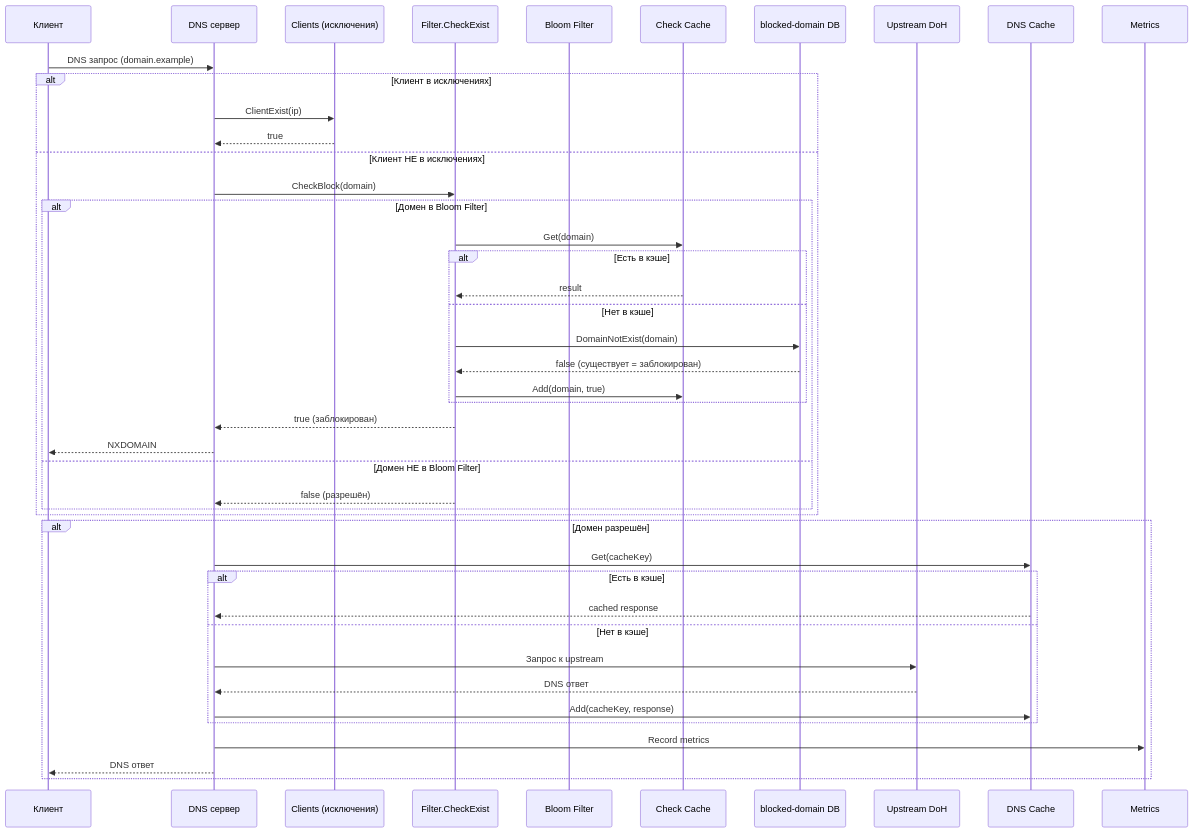
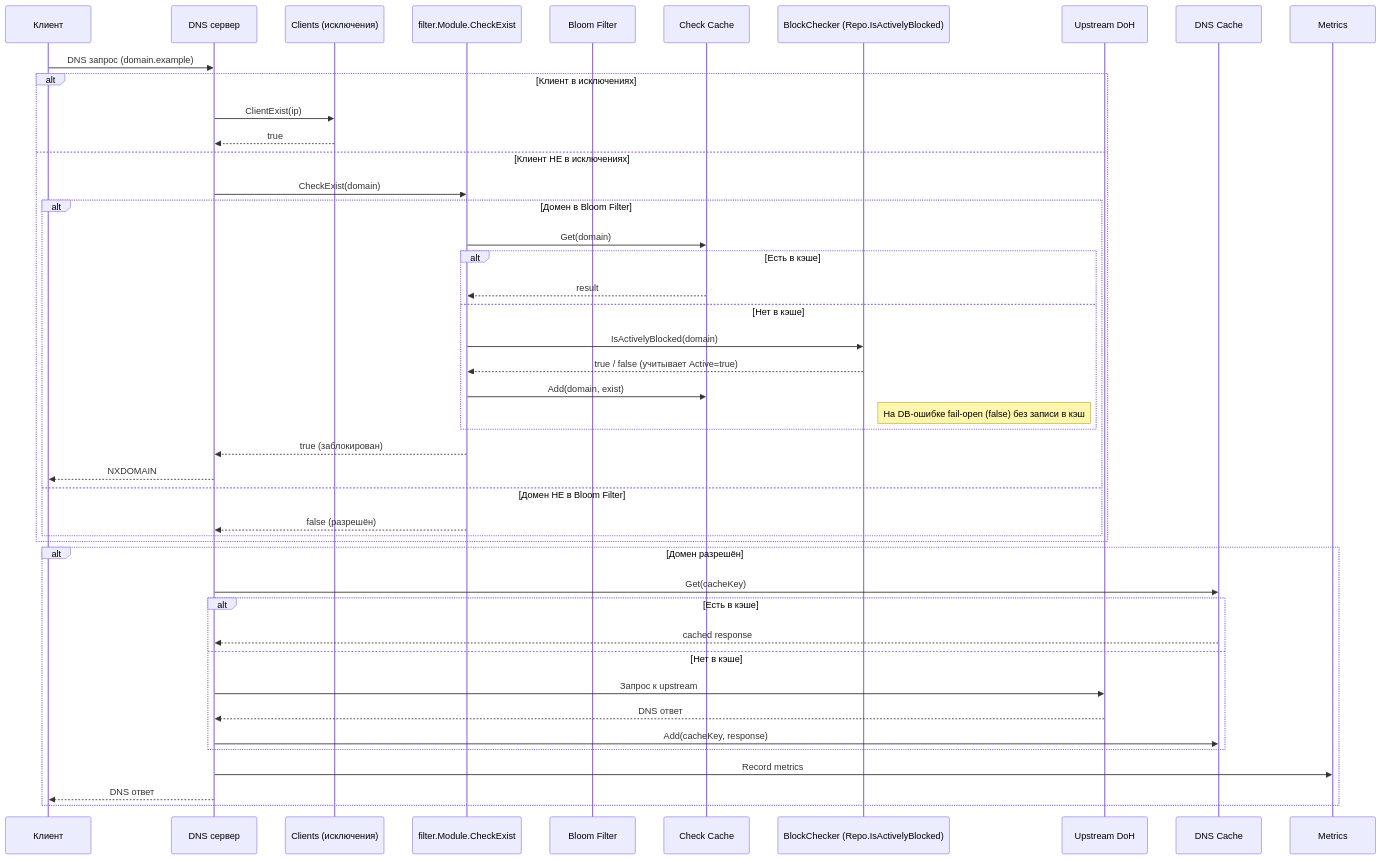
The second of 2 diagrams in ARCHITECTURE.md (alextorq/dns-filter), drawn with Mermaid before and after one commit. The commit also changed other lines of this file and 32 other files, not shown here.

First line of the commit message:
finish DI migration for filter, suggest-to-block, source

````diff
--- a/ARCHITECTURE.md
+++ b/ARCHITECTURE.md
@@ -360,54 +366,55 @@
 ```mermaid
 sequenceDiagram
     participant C as Клиент
     participant DNS as DNS сервер
     participant Clients as Clients (исключения)
-    participant Filter as Filter.CheckExist
+    participant Filter as filter.Module.CheckExist
     participant BF as Bloom Filter
     participant Cache as Check Cache
-    participant DB as blocked-domain DB
+    participant DB as BlockChecker (Repo.IsActivelyBlocked)
     participant Up as Upstream DoH
     participant DnsCache as DNS Cache
     participant Metric as Metrics
 
     C->>DNS: DNS запрос (domain.example)
-    
+
     alt Клиент в исключениях
         DNS->>Clients: ClientExist(ip)
         Clients-->>DNS: true
     else Клиент НЕ в исключениях
-        DNS->>Filter: CheckBlock(domain)
-        
+        DNS->>Filter: CheckExist(domain)
+
         alt Домен в Bloom Filter
             Filter->>Cache: Get(domain)
-            
+
             alt Есть в кэше
                 Cache-->>Filter: result
             else Нет в кэше
-                Filter->>DB: DomainNotExist(domain)
-                DB-->>Filter: false (существует = заблокирован)
-                Filter->>Cache: Add(domain, true)
+                Filter->>DB: IsActivelyBlocked(domain)
+                DB-->>Filter: true / false (учитывает Active=true)
+                Filter->>Cache: Add(domain, exist)
+                Note right of DB: На DB-ошибке fail-open (false) без записи в кэш
             end
-            
+
             Filter-->>DNS: true (заблокирован)
             DNS-->>C: NXDOMAIN
         else Домен НЕ в Bloom Filter
             Filter-->>DNS: false (разрешён)
         end
     end
     
     alt Домен разрешён
         DNS->>DnsCache: Get(cacheKey)
         
         alt Есть в кэше
             DnsCache-->>DNS: cached response
         else Нет в кэше
             DNS->>Up: Запрос к upstream
             Up-->>DNS: DNS ответ
             DNS->>DnsCache: Add(cacheKey, response)
         end
         
         DNS->>Metric: Record metrics
         DNS-->>C: DNS ответ
     end
 ```
````
